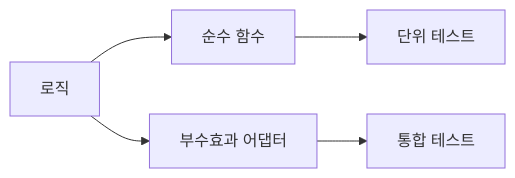
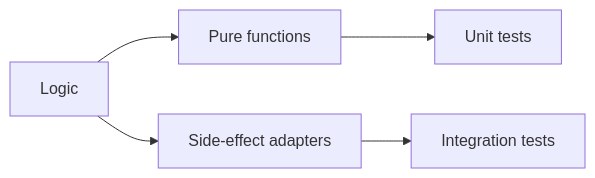
Before and after one commit to yeongseon-books/book-content: the diagram in content/clean-code-101/ko/08-testable-code.md, drawn with Mermaid. The commit also changed other lines of this file and 9 other files, not shown here.

````diff
--- a/content/clean-code-101/ko/08-testable-code.md
+++ b/content/clean-code-101/ko/08-testable-code.md
@@ -40,7 +46,7 @@
 ```mermaid
 flowchart LR
-    L["로직"] --> P["순수 함수"]
-    L --> S["부수효과 어댑터"]
-    P --> T1["단위 테스트"]
-    S --> T2["통합 테스트"]
+    L["Logic"] --> P["Pure functions"]
+    L --> S["Side-effect adapters"]
+    P --> T1["Unit tests"]
+    S --> T2["Integration tests"]
 ```
````
